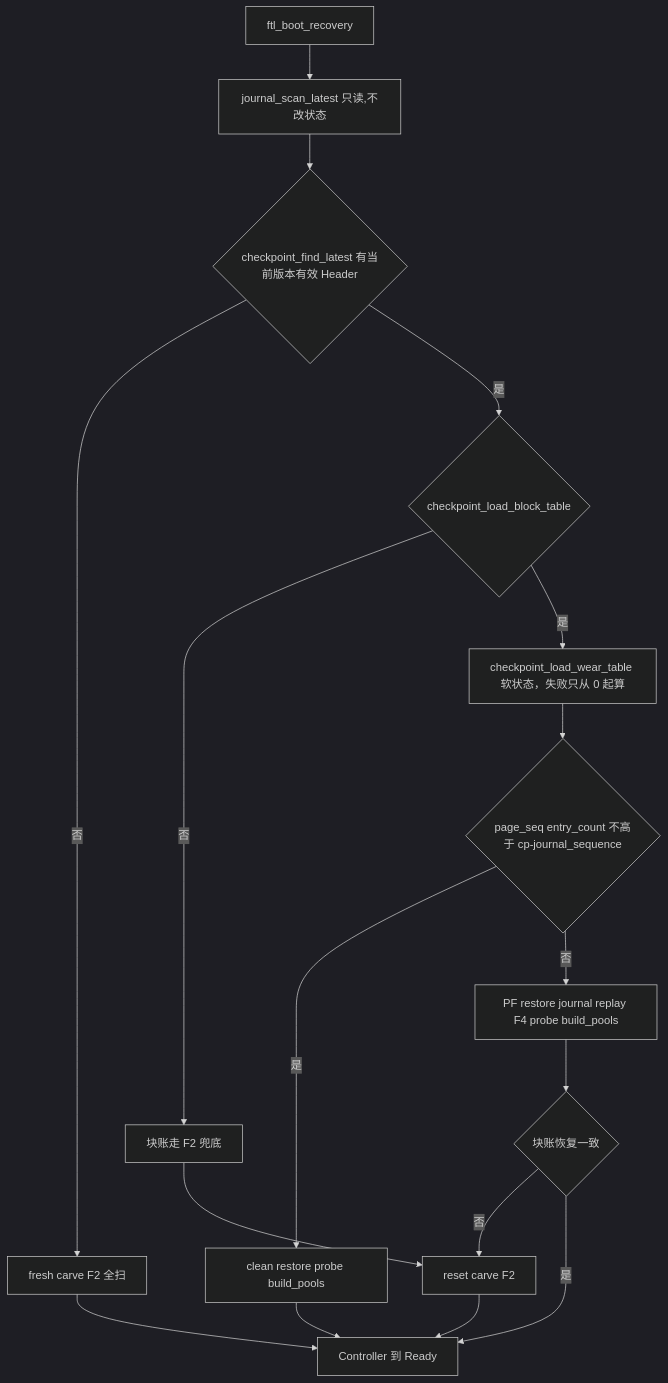
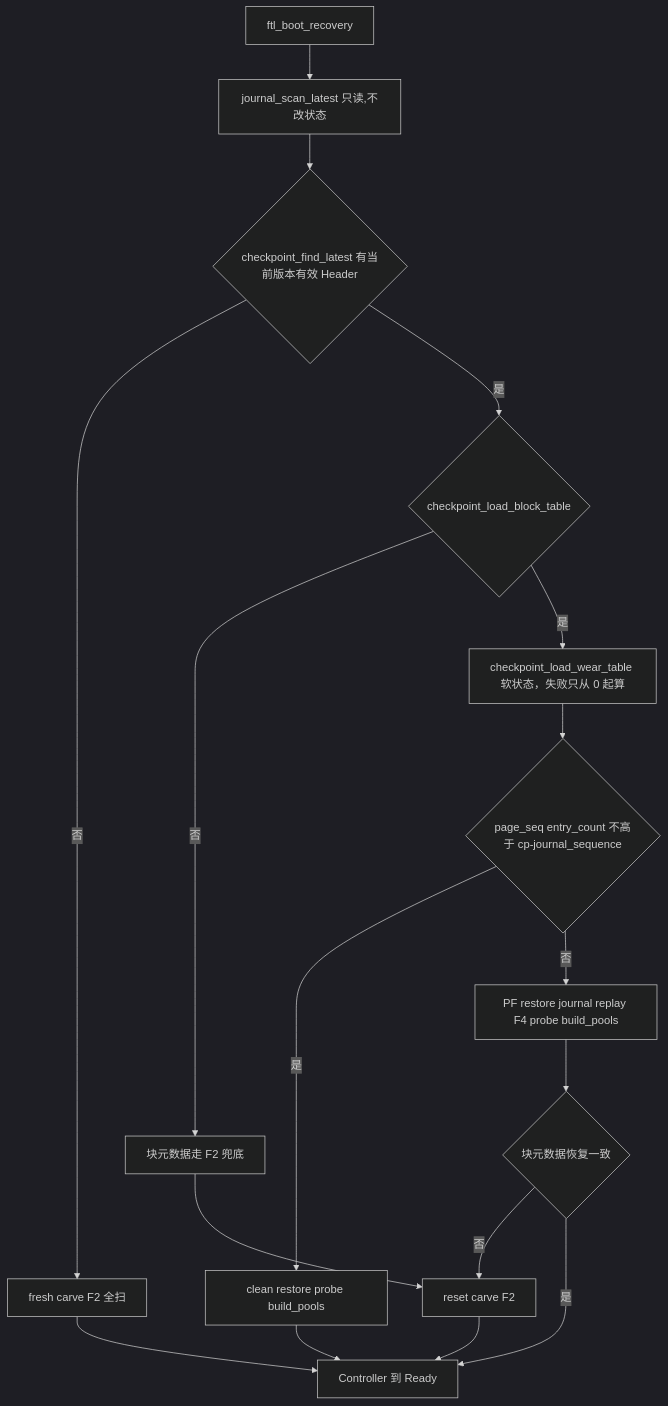
Before and after one commit to YzYMIAO/BASESSD: the sixth of 32 diagrams in docs/design/ftl_design.md, drawn with Mermaid (dark theme). The commit also changed other lines of this file and 18 other files, not shown here.

````diff
--- a/docs/design/ftl_design.md
+++ b/docs/design/ftl_design.md
@@ -991,19 +991,19 @@
 ```mermaid
 flowchart TD
     BOOT["ftl_boot_recovery"] --> LATEST["journal_scan_latest 只读,不改状态"]
     LATEST --> FIND{"checkpoint_find_latest 有当前版本有效 Header"}
     FIND -- "否" --> FRESH["fresh carve F2 全扫"]
     FIND -- "是" --> LOAD{"checkpoint_load_block_table"}
-    LOAD -- "否" --> PFALL["块账走 F2 兜底"]
+    LOAD -- "否" --> PFALL["块元数据走 F2 兜底"]
     LOAD -- "是" --> WEAR["checkpoint_load_wear_table 软状态，失败只从 0 起算"]
     WEAR --> JUDGE{"page_seq entry_count 不高于 cp-journal_sequence"}
     JUDGE -- "是" --> CLEAN["clean restore probe build_pools"]
     JUDGE -- "否" --> PF["PF restore journal replay F4 probe build_pools"]
     PFALL --> F2["reset carve F2"]
-    PF --> PFOk{"块账恢复一致"}
+    PF --> PFOk{"块元数据恢复一致"}
     PFOk -- "否" --> F2
     PFOk -- "是" --> READY["Controller 到 Ready"]
     CLEAN --> READY
     FRESH --> READY
     F2 --> READY
 ```
````
